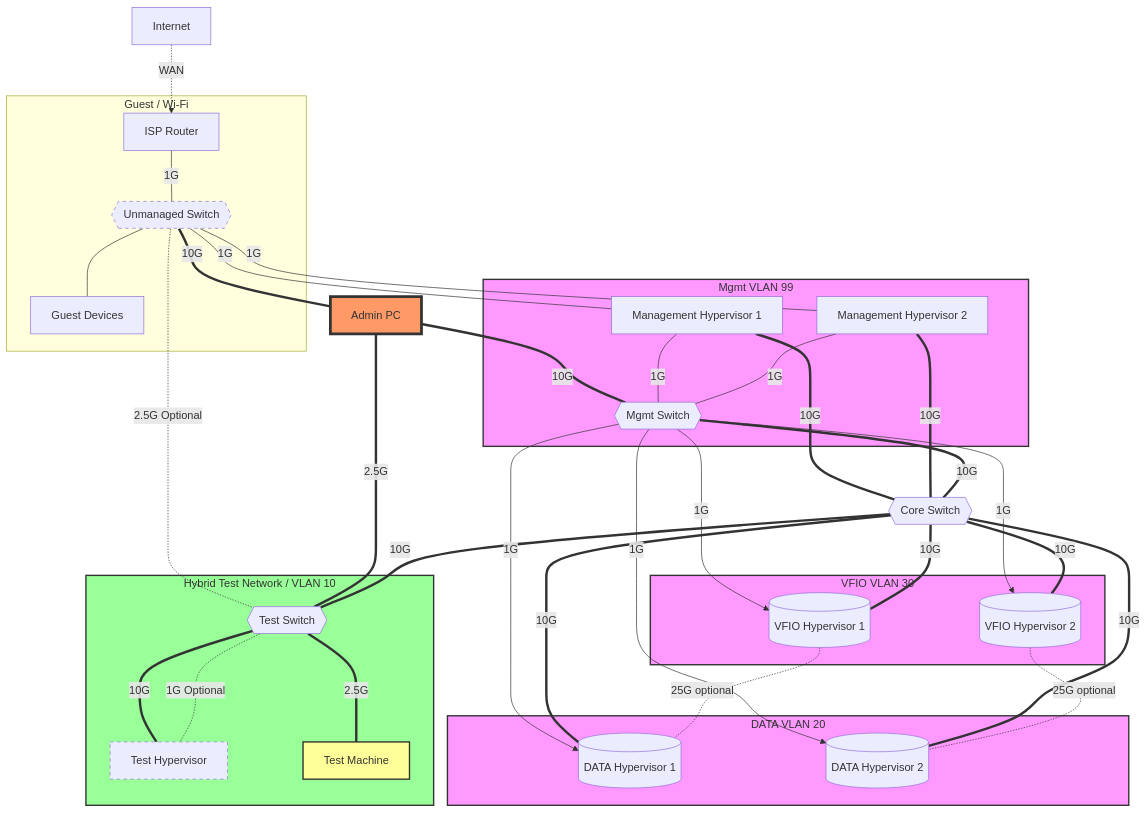
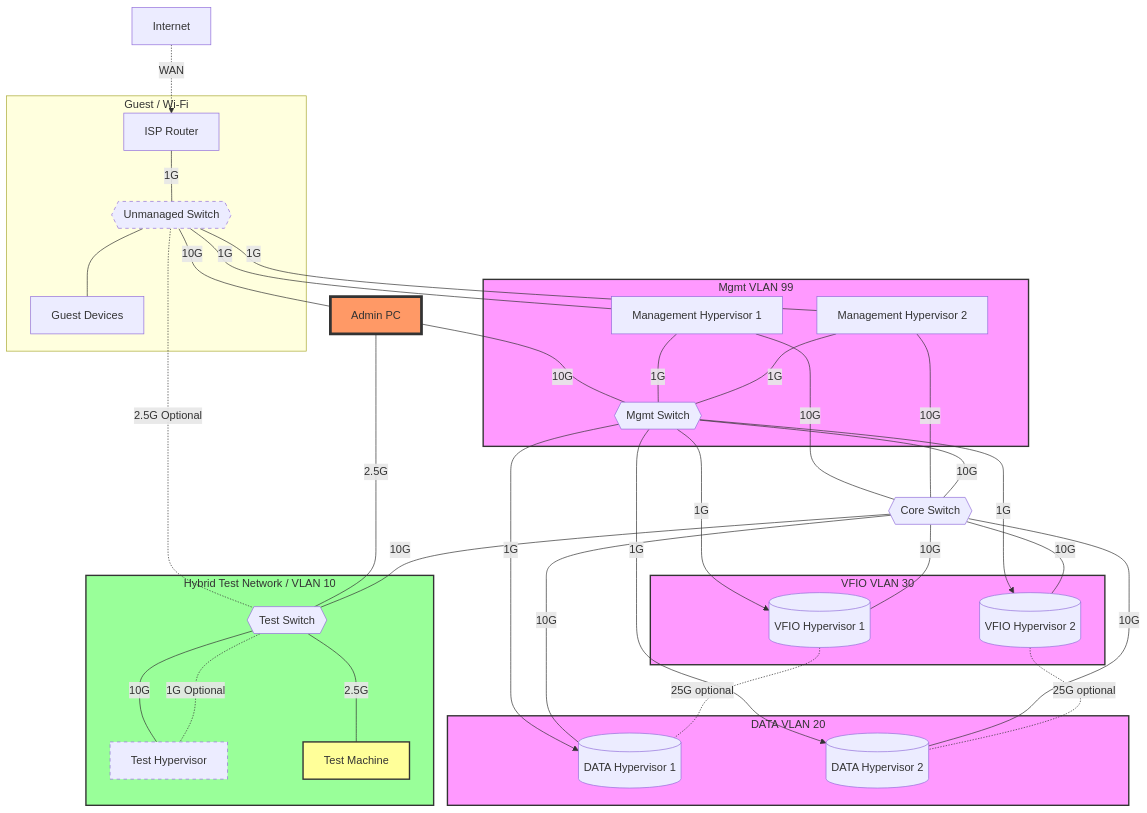
The diagram in alp/netop4.md (woeiru/lab), drawn with Mermaid before and after one commit.

````diff
--- a/alp/netop4.md
+++ b/alp/netop4.md
@@ -3,72 +3,72 @@
 ```mermaid
 graph TD
     INT[Internet] -.-> |WAN| ISPR[ISP Router]
     ISPR --- |"1G"| US{{Unmanaged Switch}}
     US --- GD[Guest Devices]
     US ---|1G| MH1[Management Hypervisor 1]
     US ---|1G| MH2[Management Hypervisor 2]
     US -.-|"2.5G Optional"| TS{{Test Switch}}
 
-    US ===|"10G"| AP[Admin PC]
-    AP ===|"2.5G"| TS
-    AP ===|"10G"| MS{{Mgmt Switch}}
+    US ---|"10G"| AP[Admin PC]
+    AP ---|"2.5G"| TS
+    AP ---|"10G"| MS{{Mgmt Switch}}
 
     MH1 ---|"1G"| MS
     MH2 ---|"1G"| MS
-    MH1 ===|"10G"| CS{{Core Switch}}
-    MH2 ===|"10G"| CS
+    MH1 ---|"10G"| CS{{Core Switch}}
+    MH2 ---|"10G"| CS
 
-    MS ===|"10G"| CS
+    MS ---|"10G"| CS
     MS --->|"1G"| DH1
     MS --->|"1G"| DH2
     MS --->|"1G"| VH1
     MS --->|"1G"| VH2
 
-    CS ===|"10G"| DH1[(DATA Hypervisor 1)]
-    CS ===|"10G"| DH2[(DATA Hypervisor 2)]
-    CS ===|"10G"| VH1[(VFIO Hypervisor 1)]
-    CS ===|"10G"| VH2[(VFIO Hypervisor 2)]
+    CS ---|"10G"| DH1[(DATA Hypervisor 1)]
+    CS ---|"10G"| DH2[(DATA Hypervisor 2)]
+    CS ---|"10G"| VH1[(VFIO Hypervisor 1)]
+    CS ---|"10G"| VH2[(VFIO Hypervisor 2)]
 
     VH1 -.-|"25G optional"| DH1
     VH2 -.-|"25G optional"| DH2
 
-    CS ===|"10G"| TS
-    TS ===|"10G"| TH[Test Hypervisor]
+    CS ---|"10G"| TS
+    TS ---|"10G"| TH[Test Hypervisor]
     TS -.-|"1G Optional"| TH
-    TS ===|"2.5G"| TM[Test Machine]
+    TS ---|"2.5G"| TM[Test Machine]
 
     subgraph VLAN20 [DATA VLAN 20]
         DH1
         DH2
     end
     subgraph VLAN30 [VFIO VLAN 30]
         VH1
         VH2
     end
     subgraph HybridTestNet [Hybrid Test Network / VLAN 10]
         TS
         TH
         TM
     end
     subgraph VLAN99 [Mgmt VLAN 99]
         MH1
         MH2
         MS
     end
     subgraph Guest [Guest / Wi-Fi]
         ISPR
         GD
         US
     end
 
     classDef vlan fill:#f9f,stroke:#333,stroke-width:2px;
     class VLAN20,VLAN30,VLAN99 vlan;
     classDef hybridtestnet fill:#9f9,stroke:#333,stroke-width:2px;
     class HybridTestNet hybridtestnet;
     classDef optional stroke-dasharray: 5 5;
     class US,TH optional;
     classDef adminpc fill:#f96,stroke:#333,stroke-width:4px;
     class AP adminpc;
     classDef testmachine fill:#ff9,stroke:#333,stroke-width:2px;
     class TM testmachine;
 ```
````
